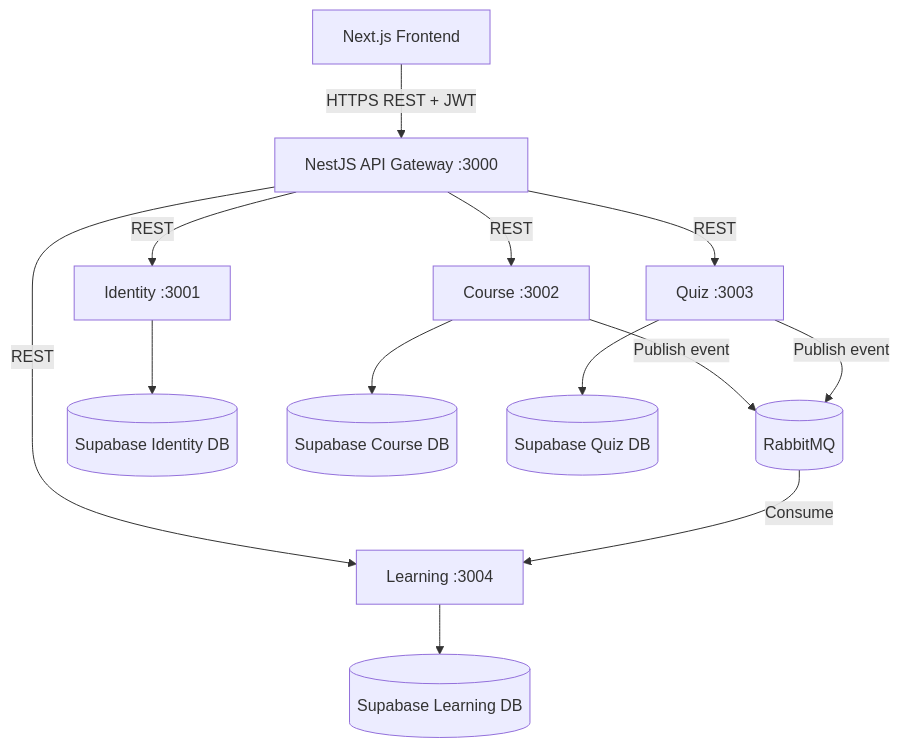
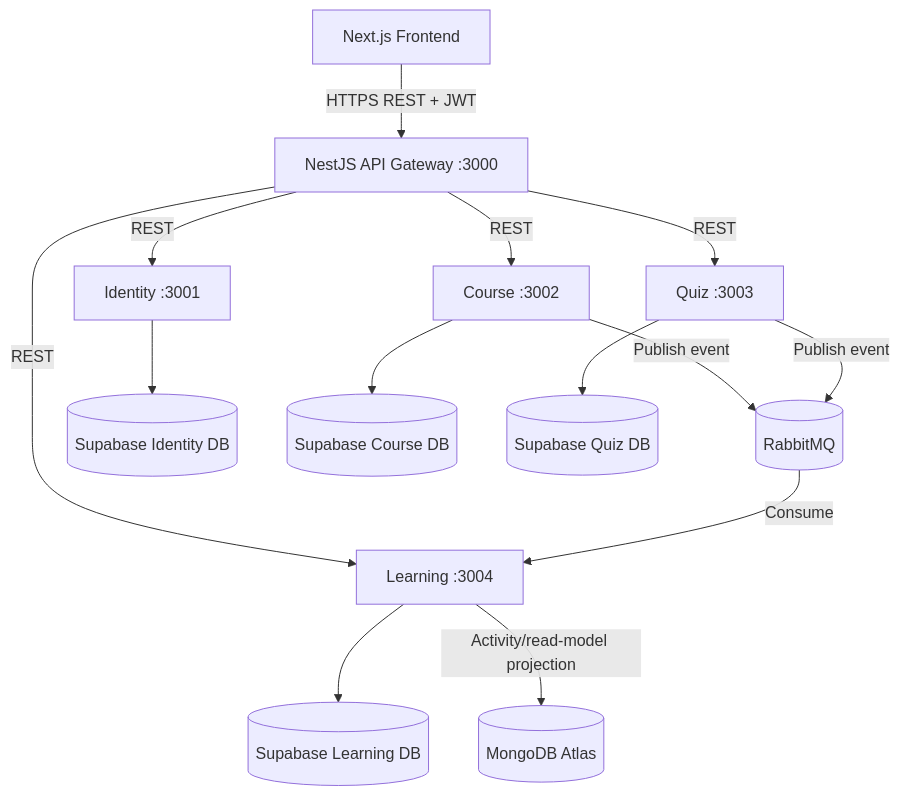
Before and after one commit to maibui7879/lms-backend: the first of 2 diagrams in docs/LMS_PROJECT_DOCUMENTATION.md, drawn with Mermaid. The commit also changed other lines of this file, not shown here.

Commit message:
docs: define Supabase and MongoDB Atlas responsibilities

````diff
--- a/docs/LMS_PROJECT_DOCUMENTATION.md
+++ b/docs/LMS_PROJECT_DOCUMENTATION.md
@@ -88,15 +88,16 @@
 ```mermaid
 flowchart TB
     FE[Next.js Frontend] -->|HTTPS REST + JWT| GW[NestJS API Gateway :3000]
     GW -->|REST| ID[Identity :3001]
     GW -->|REST| CO[Course :3002]
     GW -->|REST| QU[Quiz :3003]
     GW -->|REST| LE[Learning :3004]
     CO -->|Publish event| MQ[(RabbitMQ)]
     QU -->|Publish event| MQ
     MQ -->|Consume| LE
     ID --> DB1[(Supabase Identity DB)]
     CO --> DB2[(Supabase Course DB)]
     QU --> DB3[(Supabase Quiz DB)]
     LE --> DB4[(Supabase Learning DB)]
+    LE -->|Activity/read-model projection| AT[(MongoDB Atlas)]
 ```
````
